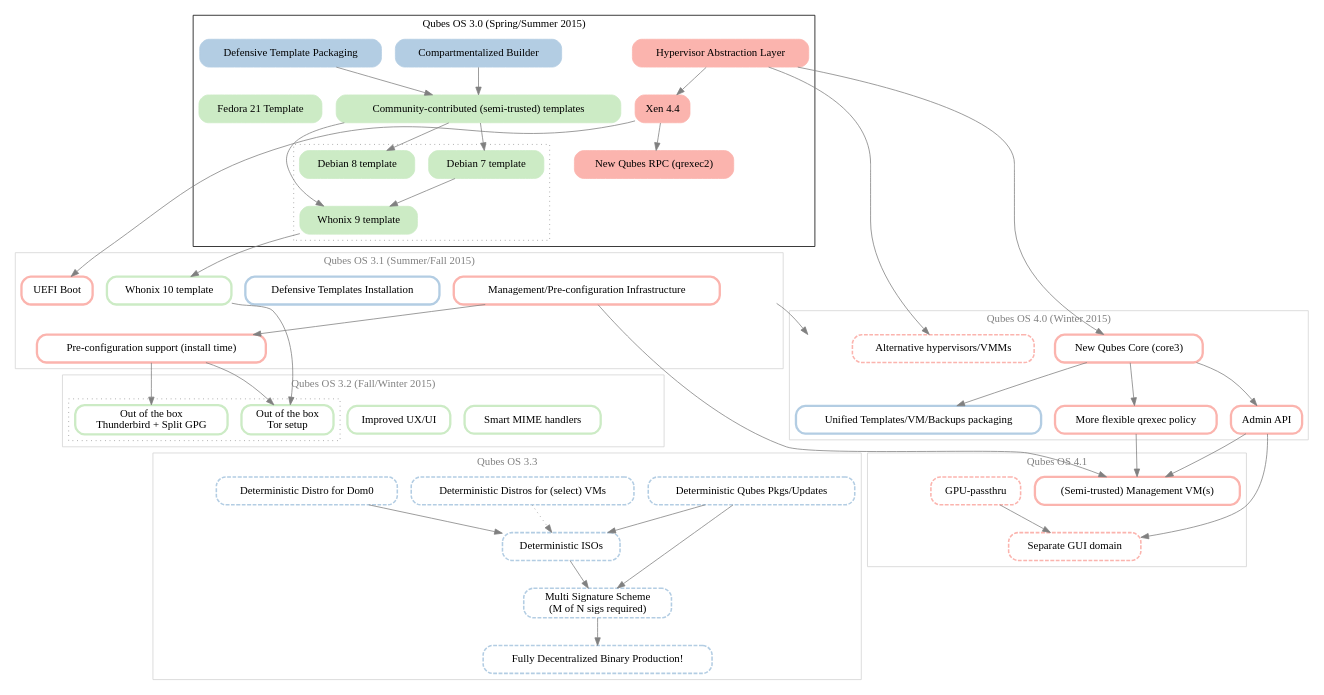
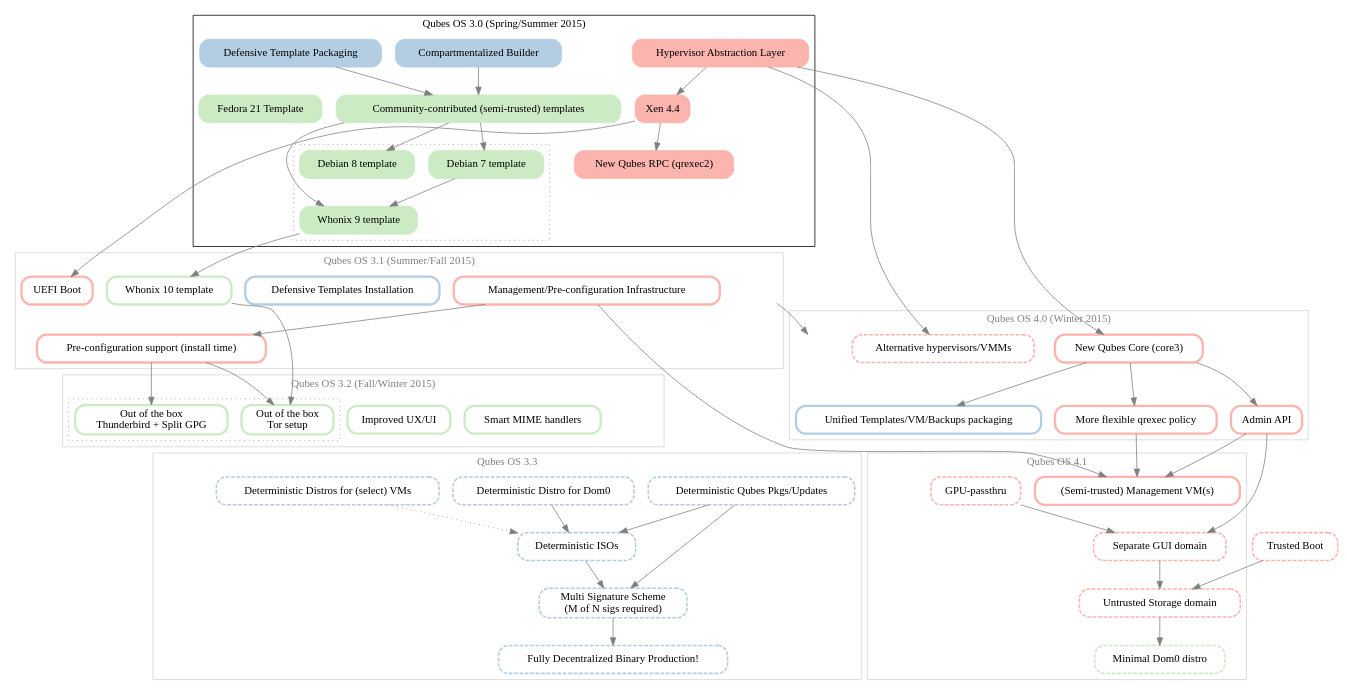
One commit to rootkovska/qubes-roadmap changed the diagram in roadmap.dot. Above: the diagram before and after it, drawn with Graphviz.

Commit message:
Feature: Untrusted Storage Domain

```diff
--- a/roadmap.dot
+++ b/roadmap.dot
@@ -53,6 +53,10 @@
         core_GUIdom [label="Separate GUI domain"];
         core_AdminAPI -> core_GUIdom; 
         core_GPUpassthru -> core_GUIdom;
+        hw_TrustedBoot [label="Trusted Boot"];
+        core_StorageDom [label="Untrusted Storage domain"];
+        core_GUIdom -> core_StorageDom;
+        hw_TrustedBoot -> core_StorageDom;
 
         hvisor_other [label="Alternative hypervisors/VMMs"];
         core_HAL -> hvisor_other;
@@ -148,6 +152,9 @@
         // Not-yet-fully-decided features follow...
         // ------------------------------------------
         node [style="dashed,rounded", penwidth=2];
+        dom0_minimal_distro [label="Minimal Dom0 distro"];
+        core_StorageDom -> dom0_minimal_distro;
+
 
     }
 
@@ -240,6 +247,8 @@
         core_GPUpassthru;
         core_GUIdom;
         core_mgmt_vm;
+        core_StorageDom;
+        dom0_minimal_distro;
    }
 
   // Release dependencies...
```
